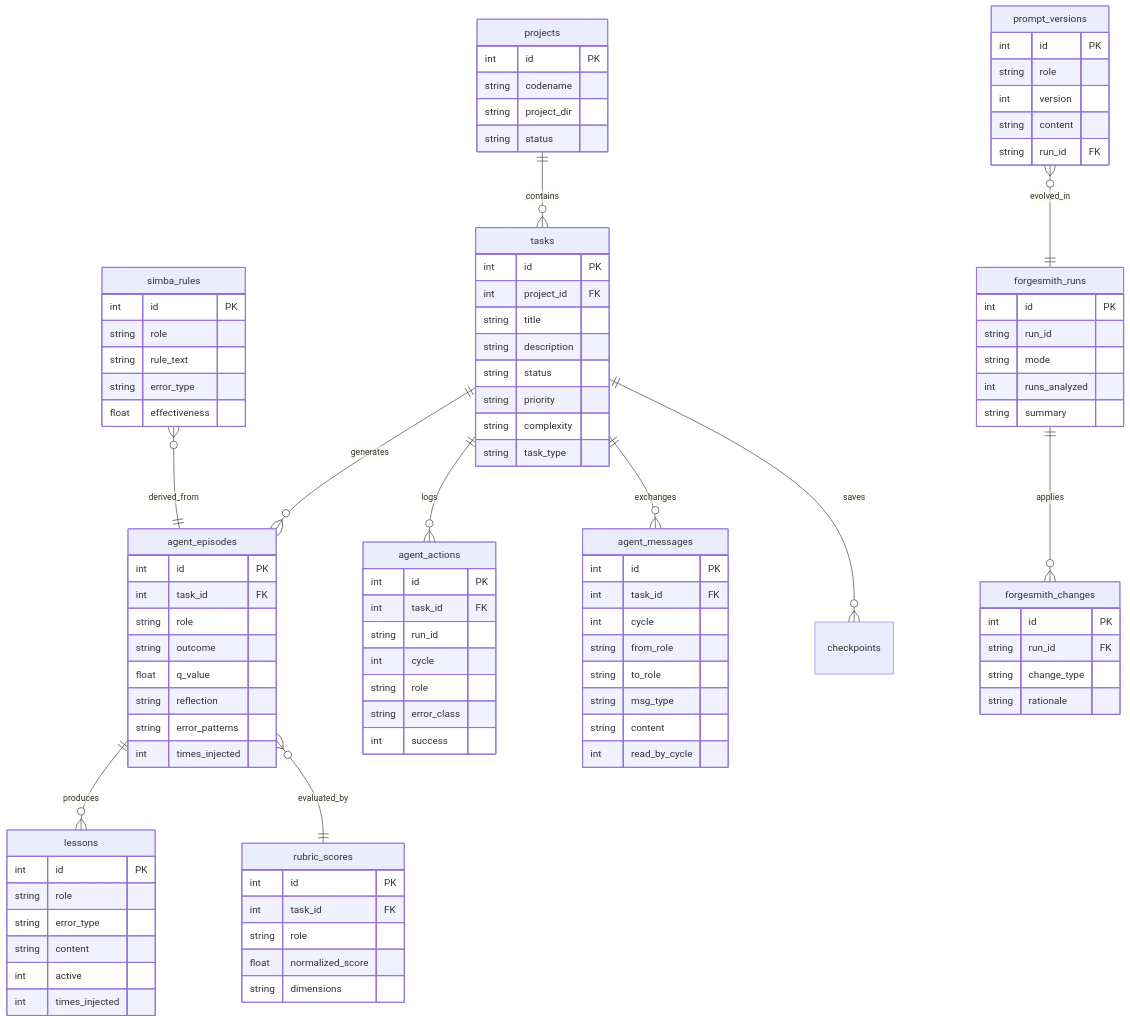
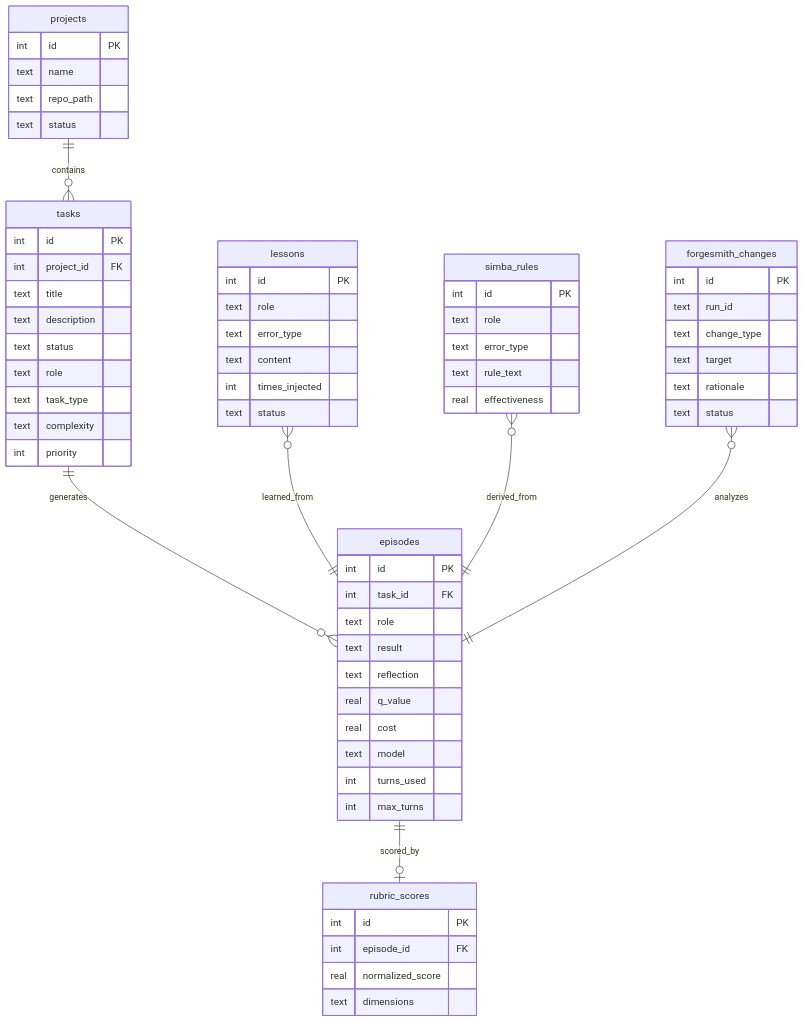
Before and after one commit to sbknana/project-pombal: the fourth of 4 diagrams in docs/ARCHITECTURE.md, drawn with Mermaid. The commit also changed other lines of this file and 8 other files, not shown here.

````diff
--- a/docs/ARCHITECTURE.md
+++ b/docs/ARCHITECTURE.md
@@ -127,101 +134,68 @@
 ```mermaid
 erDiagram
-    projects ||--o{ tasks : contains
-    tasks ||--o{ agent_episodes : generates
-    tasks ||--o{ agent_actions : logs
-    tasks ||--o{ agent_messages : exchanges
-    tasks ||--o{ checkpoints : saves
-    agent_episodes ||--o{ lessons : produces
-    agent_episodes }o--|| rubric_scores : evaluated_by
-    forgesmith_runs ||--o{ forgesmith_changes : applies
-    simba_rules }o--|| agent_episodes : derived_from
-    prompt_versions }o--|| forgesmith_runs : evolved_in
-
     projects {
         int id PK
-        string codename
-        string project_dir
-        string status
+        text name
+        text repo_path
+        text status
     }
     tasks {
         int id PK
         int project_id FK
-        string title
-        string description
-        string status
-        string priority
-        string complexity
-        string task_type
+        text title
+        text description
+        text status
+        text role
+        text task_type
+        text complexity
+        int priority
     }
-    agent_episodes {
+    episodes {
         int id PK
         int task_id FK
-        string role
-        string outcome
-        float q_value
-        string reflection
-        string error_patterns
-        int times_injected
-    }
-    agent_actions {
-        int id PK
-        int task_id FK
-        string run_id
-        int cycle
-        string role
-        string error_class
-        int success
-    }
-    agent_messages {
-        int id PK
-        int task_id FK
-        int cycle
-        string from_role
-        string to_role
-        string msg_type
-        string content
-        int read_by_cycle
+        text role
+        text result
+        text reflection
+        real q_value
+        real cost
+        text model
+        int turns_used
+        int max_turns
     }
     lessons {
         int id PK
-        string role
-        string error_type
-        string content
-        int active
+        text role
+        text error_type
+        text content
         int times_injected
+        text status
+    }
+    simba_rules {
+        int id PK
+        text role
+        text error_type
+        text rule_text
+        real effectiveness
+    }
+    forgesmith_changes {
+        int id PK
+        text run_id
+        text change_type
+        text target
+        text rationale
+        text status
     }
     rubric_scores {
         int id PK
-        int task_id FK
-        string role
-        float normalized_score
-        string dimensions
+        int episode_id FK
+        real normalized_score
+        text dimensions
     }
-    forgesmith_runs {
-        int id PK
-        string run_id
-        string mode
-        int runs_analyzed
-        string summary
-    }
-    forgesmith_changes {
-        int id PK
-        string run_id FK
-        string change_type
-        string rationale
-    }
-    simba_rules {
-        int id PK
-        string role
-        string rule_text
-        string error_type
-        float effectiveness
-    }
-    prompt_versions {
-        int id PK
-        string role
-        int version
-        string content
-        string run_id FK
-    }
+
+    projects ||--o{ tasks : contains
+    tasks ||--o{ episodes : generates
+    episodes ||--o| rubric_scores : scored_by
+    lessons }o--|| episodes : learned_from
+    simba_rules }o--|| episodes : derived_from
+    forgesmith_changes }o--|| episodes : analyzes
 ```
````
